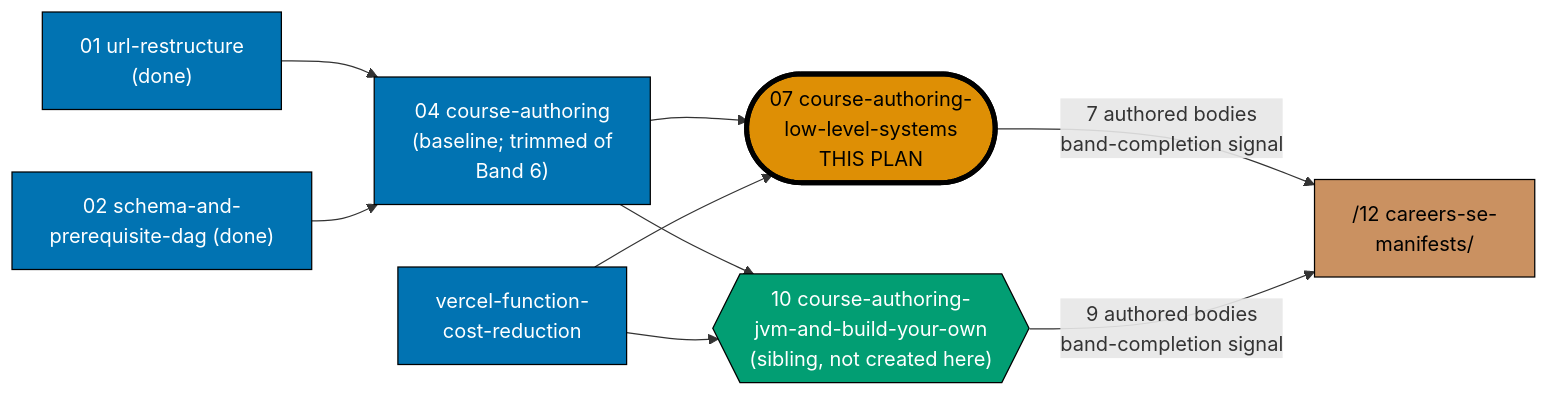
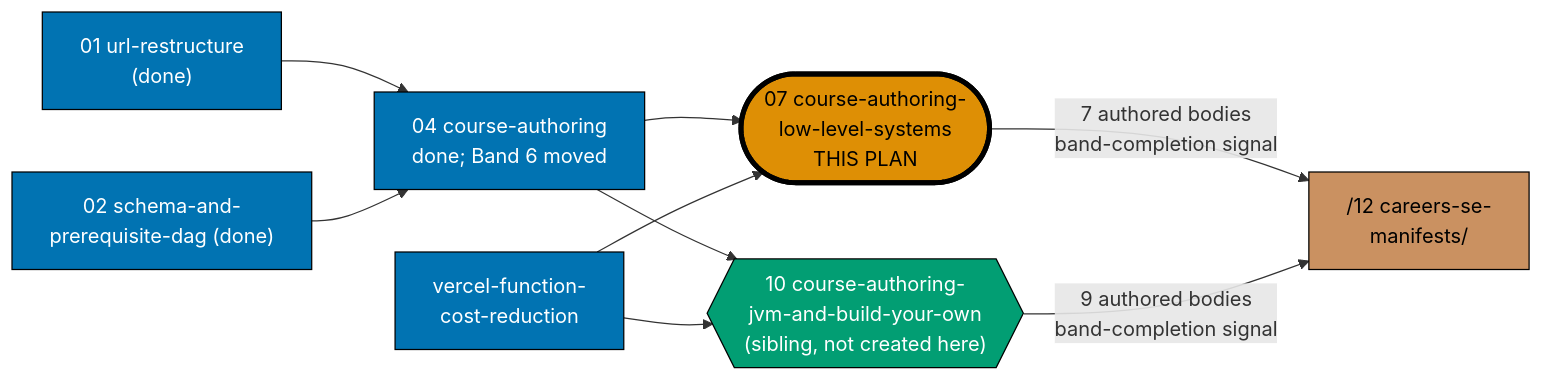
One commit to wahidyankf/open-sharia-fintech changed the first of 2 diagrams in plans/backlog/ayokoding-learning-path-07-course-authoring-low-level-systems/README.md. Above: the diagram before and after it, drawn with Mermaid. The commit also changed other lines of this file and 11 other files, not shown here.

````diff
--- a/plans/backlog/ayokoding-learning-path-07-course-authoring-low-level-systems/README.md
+++ b/plans/backlog/ayokoding-learning-path-07-course-authoring-low-level-systems/README.md
@@ -66,30 +66,30 @@
 ```mermaid
 %% This plan's position among the course-authoring family of plans.
 %% Node SHAPE encodes role: rectangle = upstream prerequisite, stadium = THIS plan,
 %% hexagon = sibling split plan (not authored here), parallelogram = downstream consumer.
 flowchart LR
     P1["01 url-restructure<br/>(done)"]:::upstream
     P2["02 schema-and-<br/>prerequisite-dag (done)"]:::upstream
-    P4["04 course-authoring<br/>(baseline; trimmed of<br/>Band 6)"]:::upstream
+    P4["04 course-authoring<br/>done; Band 6 moved"]:::upstream
     VCR["vercel-function-<br/>cost-reduction"]:::upstream
 
     THIS(["07 course-authoring-<br/>low-level-systems<br/>THIS PLAN"]):::this
     SIB{{"10 course-authoring-<br/>jvm-and-build-your-own<br/>(sibling, not created here)"}}:::sibling
 
     P12["/12 careers-se-<br/>manifests/"]:::downstream
 
     P1 --> P4
     P2 --> P4
     P4 --> THIS
     VCR --> THIS
     P4 --> SIB
     VCR --> SIB
 
     THIS -->|"7 authored bodies<br/>band-completion signal"| P12
     SIB -->|"9 authored bodies<br/>band-completion signal"| P12
 
     classDef upstream fill:#0173B2,stroke:#000000,color:#FFFFFF
     classDef this fill:#DE8F05,stroke:#000000,color:#000000,stroke-width:4px
     classDef sibling fill:#029E73,stroke:#000000,color:#FFFFFF
     classDef downstream fill:#CA9161,stroke:#000000,color:#000000
 ```
````
